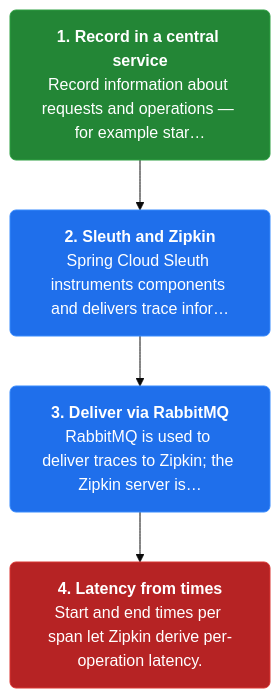
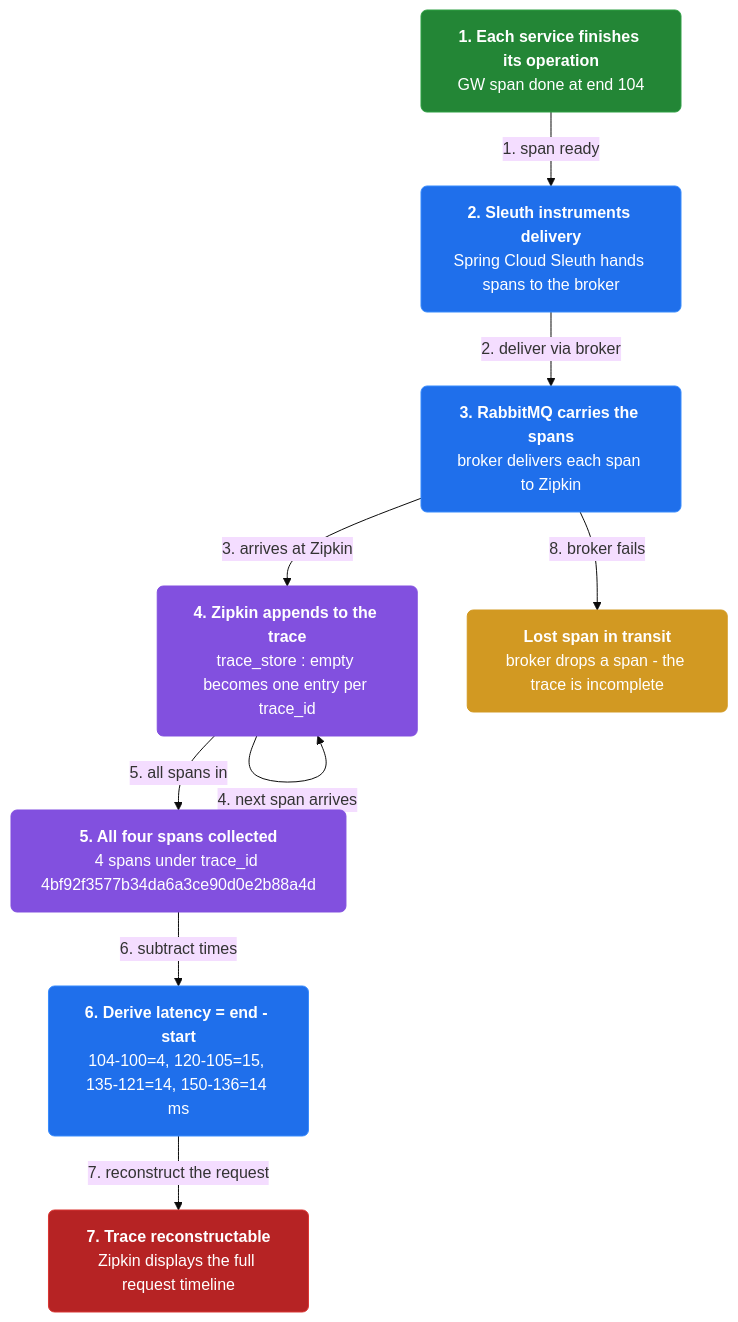
Before and after one commit to vinayakuber/microservices-io-study-guide: the third of 4 diagrams in docs/ch33-distributed-tracing.md, drawn with Mermaid (base theme). The commit also changed other lines of this file and 46 other files, not shown here.

First line of the commit message:
Author rich branching flow diagrams for all 44 chapters

````diff
--- a/docs/ch33-distributed-tracing.md
+++ b/docs/ch33-distributed-tracing.md
@@ -94,13 +118,24 @@
 ```mermaid
 flowchart TD
-  classDef step fill:#1f6feb,color:#ffffff,stroke:#388bfd,stroke-width:1px,rx:6
+  classDef step fill:#1f6feb,color:#ffffff,stroke:#388bfd,rx:6
+  classDef core fill:#8250df,color:#ffffff,stroke:#8250df,rx:6
+  classDef warn fill:#d29922,color:#ffffff,stroke:#d29922,rx:6
   classDef start fill:#238636,color:#ffffff,stroke:#2ea043,rx:6
   classDef stop fill:#b62324,color:#ffffff,stroke:#da3633,rx:6
-  s2n0["<b>1. Record in a central service</b><br/>Record information about requests and operations — for example star…"]:::start
-  s2n1["<b>2. Sleuth and Zipkin</b><br/>Spring Cloud Sleuth instruments components and delivers trace infor…"]:::step
-  s2n2["<b>3. Deliver via RabbitMQ</b><br/>RabbitMQ is used to deliver traces to Zipkin; the Zipkin server is…"]:::step
-  s2n3["<b>4. Latency from times</b><br/>Start and end times per span let Zipkin derive per-operation latency."]:::stop
-  s2n0 --> s2n1
-  s2n1 --> s2n2
-  s2n2 --> s2n3
+  n0["<b>1. Each service finishes its operation</b><br/>GW span done at end 104"]:::start
+  n1["<b>2. Sleuth instruments delivery</b><br/>Spring Cloud Sleuth hands spans to the broker"]:::step
+  n2["<b>3. RabbitMQ carries the spans</b><br/>broker delivers each span to Zipkin"]:::step
+  n3["<b>4. Zipkin appends to the trace</b><br/>trace_store : empty becomes one entry per trace_id"]:::core
+  n4["<b>5. All four spans collected</b><br/>4 spans under trace_id 4bf92f3577b34da6a3ce90d0e2b88a4d"]:::core
+  n5["<b>6. Derive latency = end - start</b><br/>104-100=4, 120-105=15, 135-121=14, 150-136=14 ms"]:::step
+  n6["<b>7. Trace reconstructable</b><br/>Zipkin displays the full request timeline"]:::stop
+  n7["<b>Lost span in transit</b><br/>broker drops a span - the trace is incomplete"]:::warn
+  n0 -->|"1. span ready"| n1
+  n1 -->|"2. deliver via broker"| n2
+  n2 -->|"3. arrives at Zipkin"| n3
+  n3 -->|"4. next span arrives"| n3
+  n3 -->|"5. all spans in"| n4
+  n4 -->|"6. subtract times"| n5
+  n5 -->|"7. reconstruct the request"| n6
+  n2 -->|"8. broker fails"| n7
 ```
````
